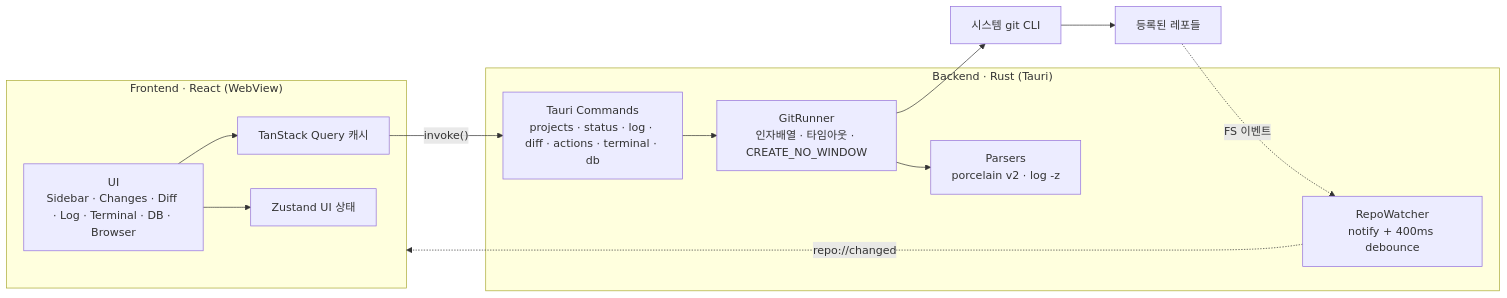
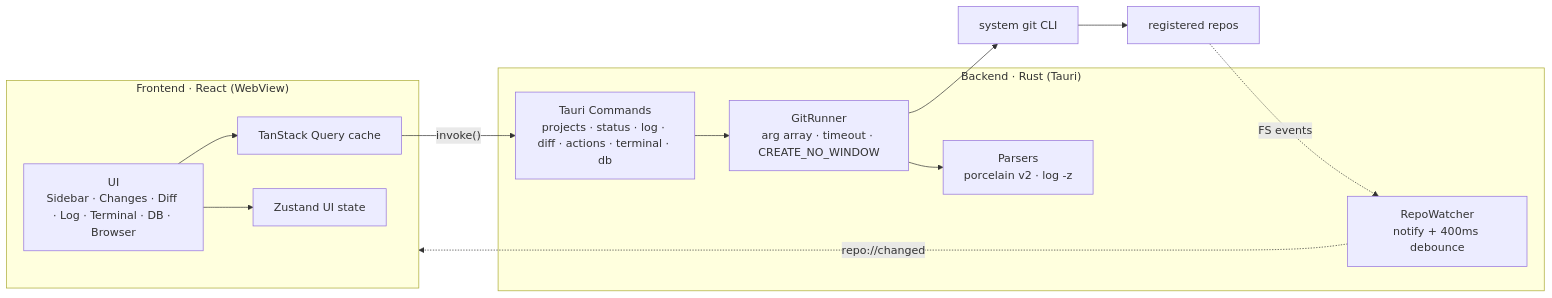
Before and after one commit to imtelloper/gitpervisor: the diagram in README.ko.md, drawn with Mermaid. The commit also changed other lines of this file and 2 other files, not shown here.

````diff
--- a/README.ko.md
+++ b/README.ko.md
@@ -173,24 +198,24 @@
 ```mermaid
 graph LR
     subgraph FE["Frontend · React (WebView)"]
         UI["UI<br/>Sidebar · Changes · Diff · Log · Terminal · DB · Browser"]
-        QC["TanStack Query 캐시"]
-        ST["Zustand UI 상태"]
+        QC["TanStack Query cache"]
+        ST["Zustand UI state"]
         UI --> QC
         UI --> ST
     end
 
     subgraph BE["Backend · Rust (Tauri)"]
         CMD["Tauri Commands<br/>projects · status · log · diff · actions · terminal · db"]
-        RUNNER["GitRunner<br/>인자배열 · 타임아웃 · CREATE_NO_WINDOW"]
+        RUNNER["GitRunner<br/>arg array · timeout · CREATE_NO_WINDOW"]
         PARSE["Parsers<br/>porcelain v2 · log -z"]
         WATCH["RepoWatcher<br/>notify + 400ms debounce"]
         CMD --> RUNNER --> PARSE
     end
 
     QC -- "invoke()" --> CMD
-    RUNNER --> GIT["시스템 git CLI"]
-    GIT --> REPOS["등록된 레포들"]
-    REPOS -. "FS 이벤트" .-> WATCH
+    RUNNER --> GIT["system git CLI"]
+    GIT --> REPOS["registered repos"]
+    REPOS -. "FS events" .-> WATCH
     WATCH -. "repo://changed" .-> FE
 ```
````
